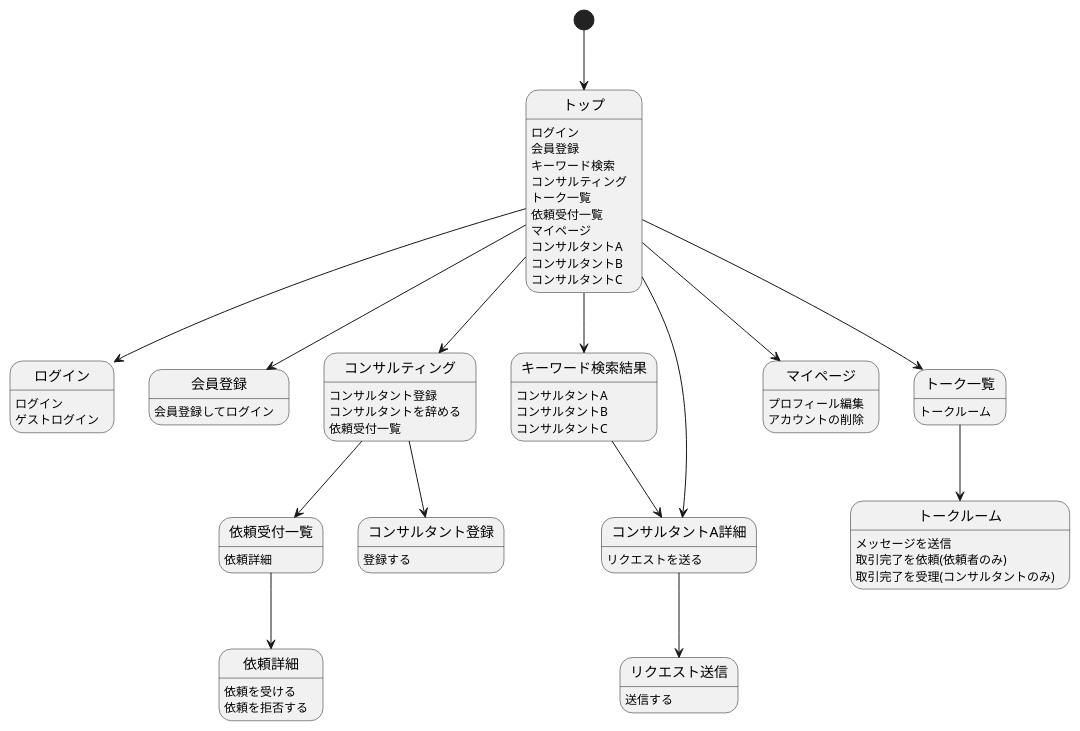
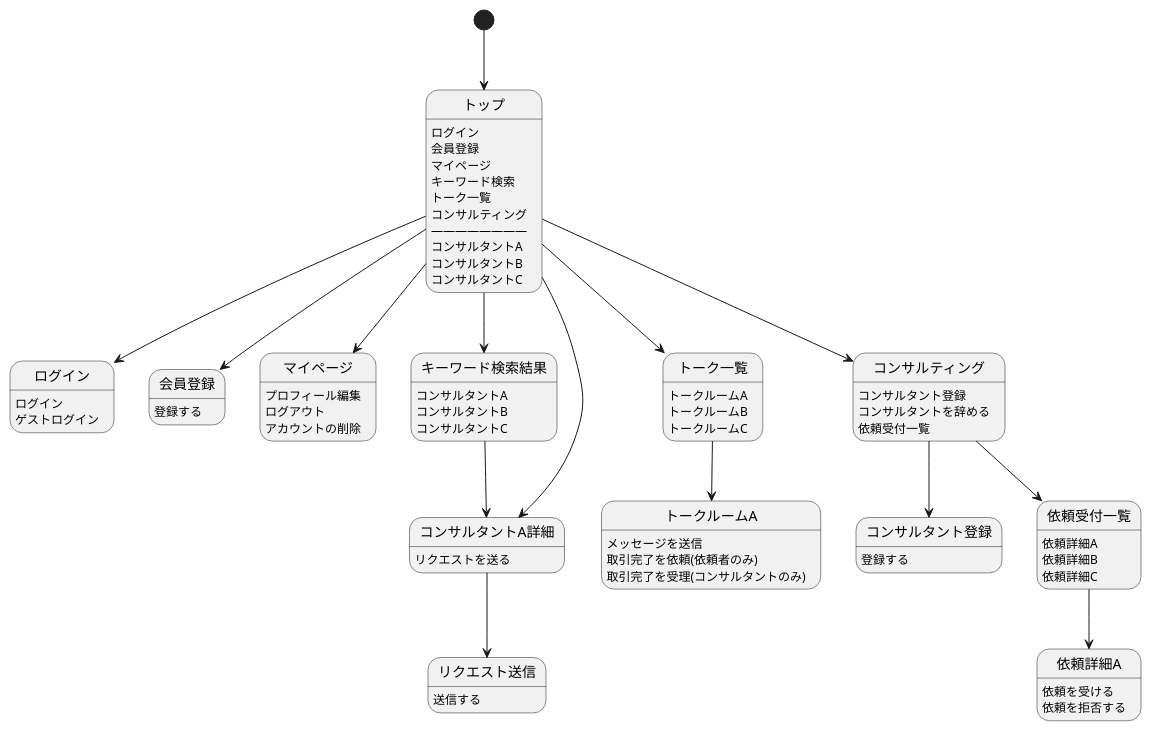
One commit to nobukofu69/origin-idea changed the diagram in documents/screen_flow_diagram.pu. Above: the diagram before and after it, drawn with PlantUML. The commit also changed 2 other files, not shown here.

Commit message:
screen_flow_diagramを修正

```diff
--- a/documents/screen_flow_diagram.pu
+++ b/documents/screen_flow_diagram.pu
@@ -1,64 +1,67 @@
 @startuml
 
 [*] --> トップ
 トップ : ログイン
 トップ : 会員登録
+トップ : マイページ
 トップ : キーワード検索
+トップ : トーク一覧
 トップ : コンサルティング
-トップ : トーク一覧
-トップ : 依頼受付一覧
-トップ : マイページ
+トップ : ――――――――
 トップ : コンサルタントA
 トップ : コンサルタントB
 トップ : コンサルタントC
 トップ --> ログイン
 トップ --> 会員登録
+トップ --> マイページ
 トップ --> キーワード検索結果
+トップ --> トーク一覧
 トップ --> コンサルティング
-トップ --> トーク一覧
-トップ --> マイページ
 トップ --> コンサルタントA詳細
 
 ログイン : ログイン
 ログイン : ゲストログイン
 
-会員登録 : 会員登録してログイン
+会員登録 : 登録する
+
+マイページ : プロフィール編集
+マイページ : ログアウト
+マイページ : アカウントの削除
 
 キーワード検索結果: コンサルタントA
 キーワード検索結果: コンサルタントB
 キーワード検索結果: コンサルタントC
 キーワード検索結果 --> コンサルタントA詳細
 
 コンサルタントA詳細 : リクエストを送る
 コンサルタントA詳細 --> リクエスト送信
 
 リクエスト送信 : 送信する
 
 コンサルティング : コンサルタント登録
 コンサルティング : コンサルタントを辞める
 コンサルティング : 依頼受付一覧
 コンサルティング --> コンサルタント登録
 コンサルティング --> 依頼受付一覧
 
+
 コンサルタント登録 : 登録する 
 
-トーク一覧 :トークルーム
-トーク一覧 --> トークルーム
+トーク一覧 :トークルームA
+トーク一覧 :トークルームB
+トーク一覧 :トークルームC
+トーク一覧 --> トークルームA
 
-トークルーム : メッセージを送信
-トークルーム : 取引完了を依頼(依頼者のみ)
-トークルーム : 取引完了を受理(コンサルタントのみ)
+トークルームA : メッセージを送信
+トークルームA : 取引完了を依頼(依頼者のみ)
+トークルームA : 取引完了を受理(コンサルタントのみ)
 
-依頼受付一覧 : 依頼詳細
-依頼受付一覧 --> 依頼詳細
+依頼受付一覧 : 依頼詳細A
+依頼受付一覧 : 依頼詳細B
+依頼受付一覧 : 依頼詳細C
+依頼受付一覧 --> 依頼詳細A
 
-依頼詳細 : 依頼を受ける
-依頼詳細 : 依頼を拒否する
-
-
-マイページ : プロフィール編集
-マイページ : アカウントの削除
-
-
+依頼詳細A : 依頼を受ける
+依頼詳細A : 依頼を拒否する
 
 @enduml
```
